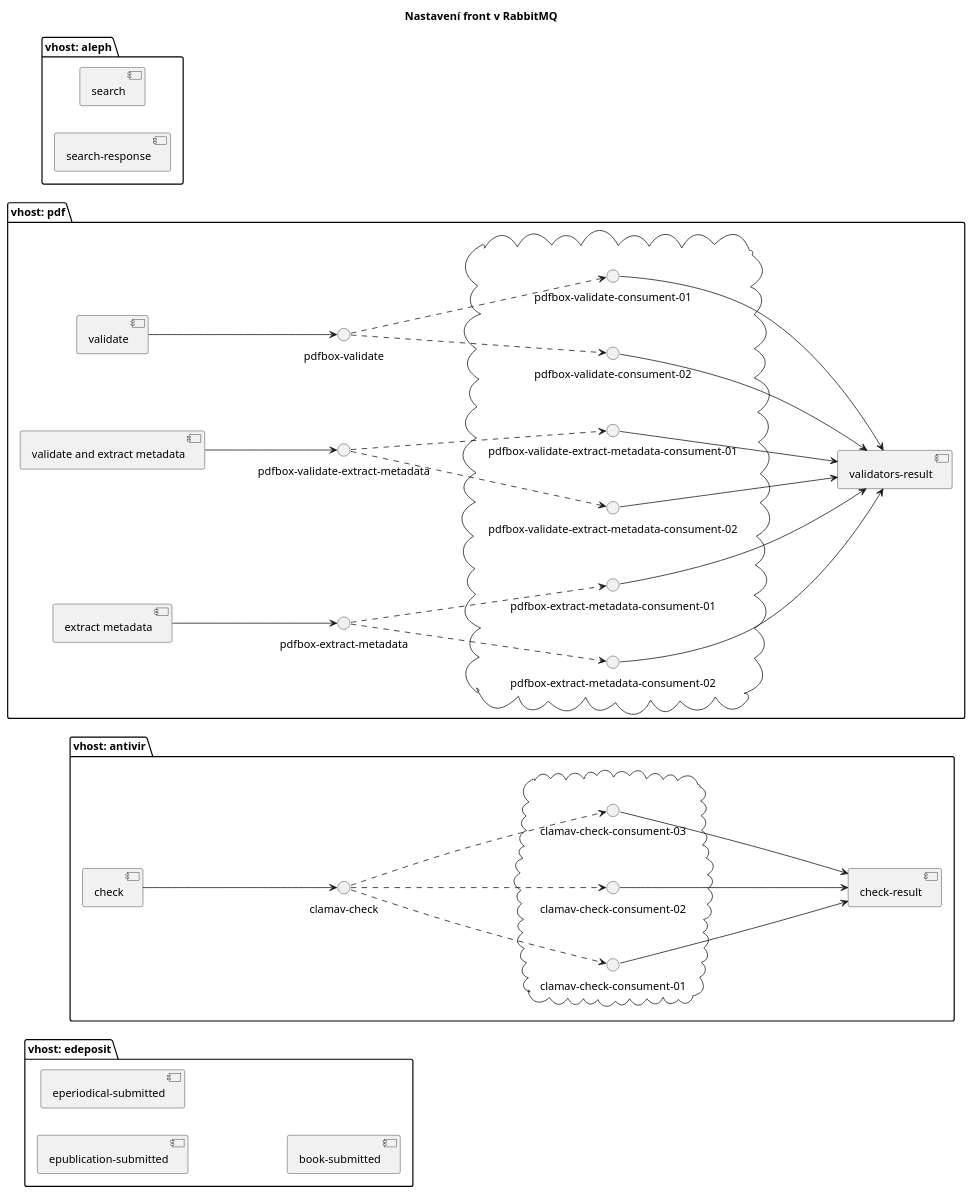
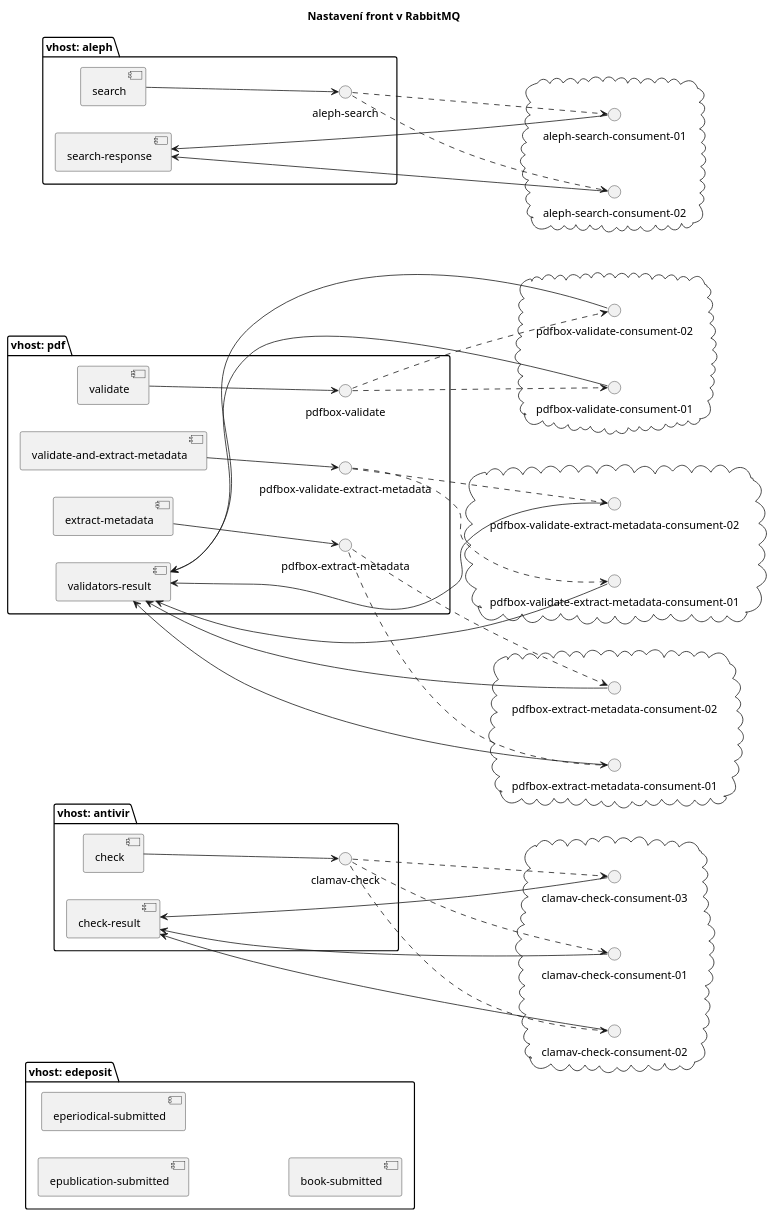
Before and after one commit to edeposit/edeposit: the diagram in docs/middleware/component01.plantuml, drawn with PlantUML. The commit also changed 16 other files, not shown here.

```diff
--- a/docs/middleware/component01.plantuml
+++ b/docs/middleware/component01.plantuml
@@ -1,75 +1,86 @@
 @startuml
 left to right direction
 skinparam componentStyle uml2
 title Nastavení front v RabbitMQ
 
-
 package "vhost: antivir" {
         interface "clamav-check" as CC
         [check] --> CC
         [check-result]
+}
         cloud {
               interface "clamav-check-consument-01" as Cons_CC_01
               interface "clamav-check-consument-02" as Cons_CC_02
               interface "clamav-check-consument-03" as Cons_CC_03
               CC ..> Cons_CC_01
               CC ..> Cons_CC_02
               CC ..> Cons_CC_03
               Cons_CC_01 ---> [check-result]
               Cons_CC_02 ---> [check-result]
               Cons_CC_03 ---> [check-result]
         }
-}
 
 package "vhost: pdf" {
         interface "pdfbox-validate" as PDFBOX_VAL
         interface "pdfbox-validate-extract-metadata" as PDFBOX_VAL_META
         interface "pdfbox-extract-metadata" as PDFBOX_META
 
         [validate]
-        [validate and extract metadata]
-        [extract metadata]
+        [validate-and-extract-metadata]
+        [extract-metadata]
         [validators-result]
 
         [validate] --> PDFBOX_VAL
-        [validate and extract metadata] --> PDFBOX_VAL_META
-        [extract metadata] --> PDFBOX_META
+        [validate-and-extract-metadata] --> PDFBOX_VAL_META
+        [extract-metadata] --> PDFBOX_META
 
+}
         cloud {
               interface "pdfbox-validate-consument-01" as PDFBOX_VAL_Cons_01
               interface "pdfbox-validate-consument-02" as PDFBOX_VAL_Cons_02
+              PDFBOX_VAL ..> PDFBOX_VAL_Cons_01
+              PDFBOX_VAL ..> PDFBOX_VAL_Cons_02
+              PDFBOX_VAL_Cons_01 ---> [validators-result]
+              PDFBOX_VAL_Cons_02 ---> [validators-result]
+}
+        cloud {
               interface "pdfbox-validate-extract-metadata-consument-01" as PDFBOX_VAL_META_Cons_01
               interface "pdfbox-validate-extract-metadata-consument-02" as PDFBOX_VAL_META_Cons_02
+              PDFBOX_VAL_META ..> PDFBOX_VAL_META_Cons_01
+              PDFBOX_VAL_META ..> PDFBOX_VAL_META_Cons_02
+              PDFBOX_VAL_META_Cons_01 ---> [validators-result]
+              PDFBOX_VAL_META_Cons_02 ---> [validators-result]
+}
+        cloud {
               interface "pdfbox-extract-metadata-consument-01" as PDFBOX_META_Cons_01
               interface "pdfbox-extract-metadata-consument-02" as PDFBOX_META_Cons_02
-
-              PDFBOX_VAL ..> PDFBOX_VAL_Cons_01
-              PDFBOX_VAL ..> PDFBOX_VAL_Cons_02
-
-              PDFBOX_VAL_META ..> PDFBOX_VAL_META_Cons_01
-              PDFBOX_VAL_META ..> PDFBOX_VAL_META_Cons_02
-
               PDFBOX_META ..> PDFBOX_META_Cons_01
               PDFBOX_META ..> PDFBOX_META_Cons_02
-              
-              PDFBOX_VAL_Cons_01 ---> [validators-result]
-              PDFBOX_VAL_Cons_02 ---> [validators-result]
-              PDFBOX_VAL_META_Cons_01 ---> [validators-result]
-              PDFBOX_VAL_META_Cons_02 ---> [validators-result]
               PDFBOX_META_Cons_01 ---> [validators-result]
               PDFBOX_META_Cons_02 ---> [validators-result]
-        }
 }
 
 package "vhost: edeposit" {
         [epublication-submitted]
         [eperiodical-submitted]
         [book-submitted]
 }
 
 package "vhost: aleph" {
         [search]
         [search-response]
+        interface "aleph-search" as aleph_search
+        [search] --> aleph_search
 }
+        cloud {
+              interface "aleph-search-consument-01" as ALEPH_SEARCH_Cons_01      
+              interface "aleph-search-consument-02" as ALEPH_SEARCH_Cons_02
+              
+              aleph_search ..> ALEPH_SEARCH_Cons_01
+              aleph_search ..> ALEPH_SEARCH_Cons_02
+
+              ALEPH_SEARCH_Cons_01 --> [search-response]
+              ALEPH_SEARCH_Cons_02 --> [search-response]
+        }       
 
 @enduml
```
